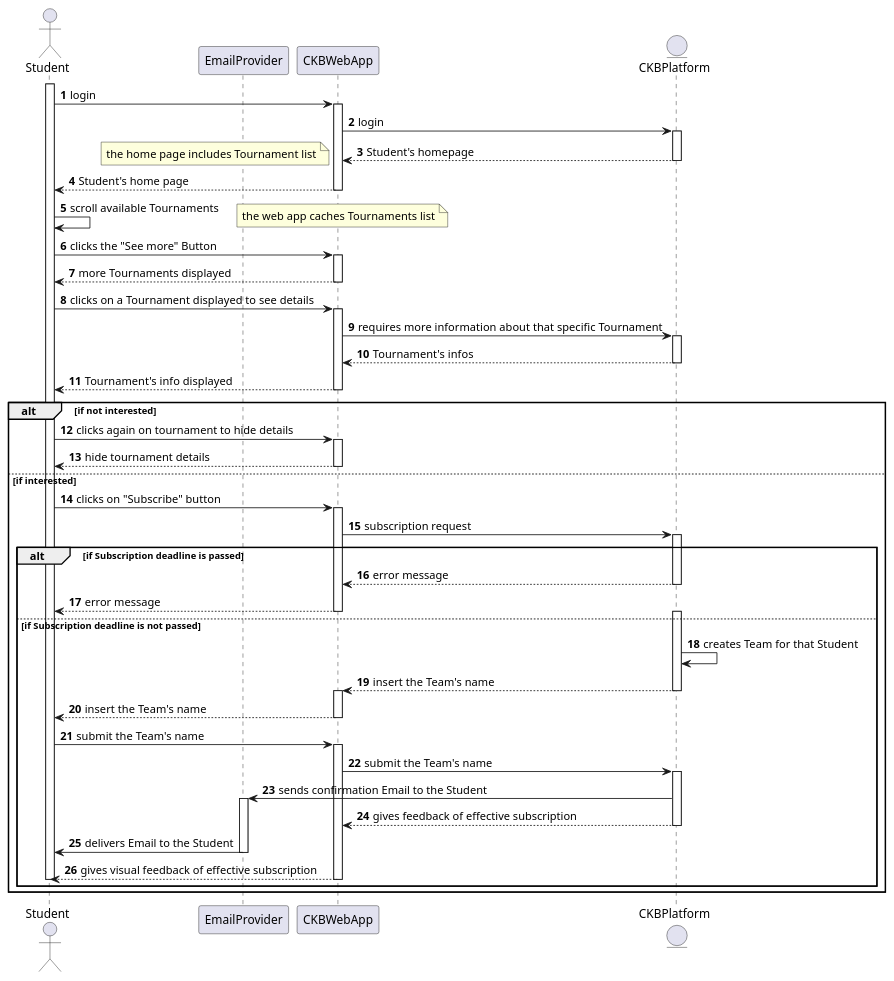
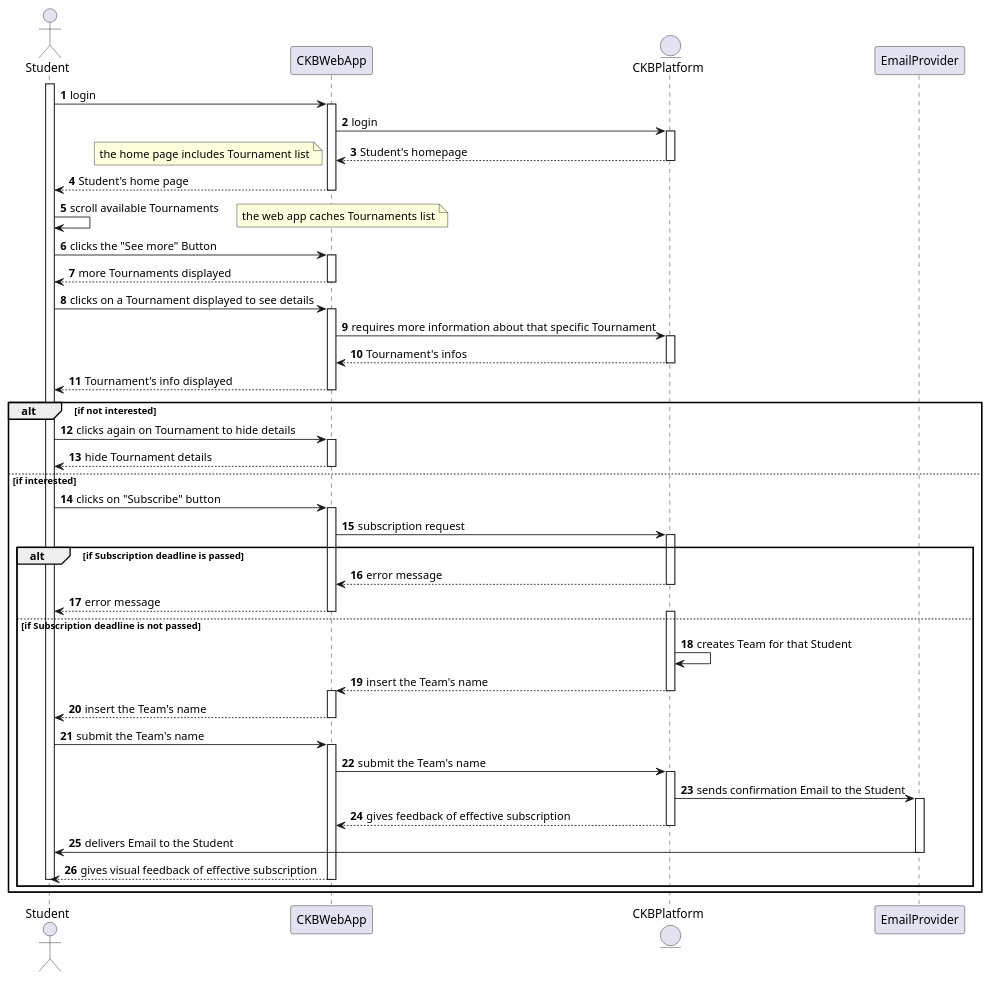
One commit to Angelo7672/SE2_Requirement-and-Design-Document changed the diagram in _RASD/Images/UML/sequenceDiagram/sequenceDiagramUC3.wsd. Above: the diagram before and after it, drawn with PlantUML. The commit also changed 11 other files, not shown here.

```diff
--- a/_RASD/Images/UML/sequenceDiagram/sequenceDiagramUC3.wsd
+++ b/_RASD/Images/UML/sequenceDiagram/sequenceDiagramUC3.wsd
@@ -1,77 +1,77 @@
 @startuml
 
 autonumber
 actor Student as S
-participant EmailProvider as E
 participant CKBWebApp as A
 entity CKBPlatform as P
+participant EmailProvider as E
 
 activate S
 S->A: login
 activate A
 A->P: login
 activate P
 A<---P: Student's homepage
 deactivate P
 note left
     the home page includes Tournament list
 end note
 S<---A: Student's home page
 deactivate A
 S->S: scroll available Tournaments
 note right
     the web app caches Tournaments list
 end note
 S->A: clicks the "See more" Button
 activate A
 S<---A: more Tournaments displayed
 deactivate A
 S->A: clicks on a Tournament displayed to see details
 activate A
 A->P: requires more information about that specific Tournament
 activate P
 A<---P: Tournament's infos
 deactivate P
 S<---A: Tournament's info displayed
 deactivate A
 
 alt if not interested
-    S->A: clicks again on tournament to hide details
+    S->A: clicks again on Tournament to hide details
     activate A
-    S<---A: hide tournament details
+    S<---A: hide Tournament details
     deactivate A
 else if interested
     S->A: clicks on "Subscribe" button
     activate A
     A->P: subscription request
     activate P
 
     alt if Subscription deadline is passed
         P--->A: error message
         deactivate P
         S<--A: error message
         deactivate A
     else if Subscription deadline is not passed
         activate P
         P->P: creates Team for that Student
         P--->A: insert the Team's name
         deactivate P
         activate A
         A--->S: insert the Team's name
         deactivate A
         S->A: submit the Team's name
         activate A
         A->P: submit the Team's name
         activate P
         P->E: sends confirmation Email to the Student
         activate E
         A<---P: gives feedback of effective subscription
          deactivate P
         E->S: delivers Email to the Student
         deactivate E
         S<---A: gives visual feedback of effective subscription
         deactivate A
         deactivate S
     end
 end
 @enduml
```
